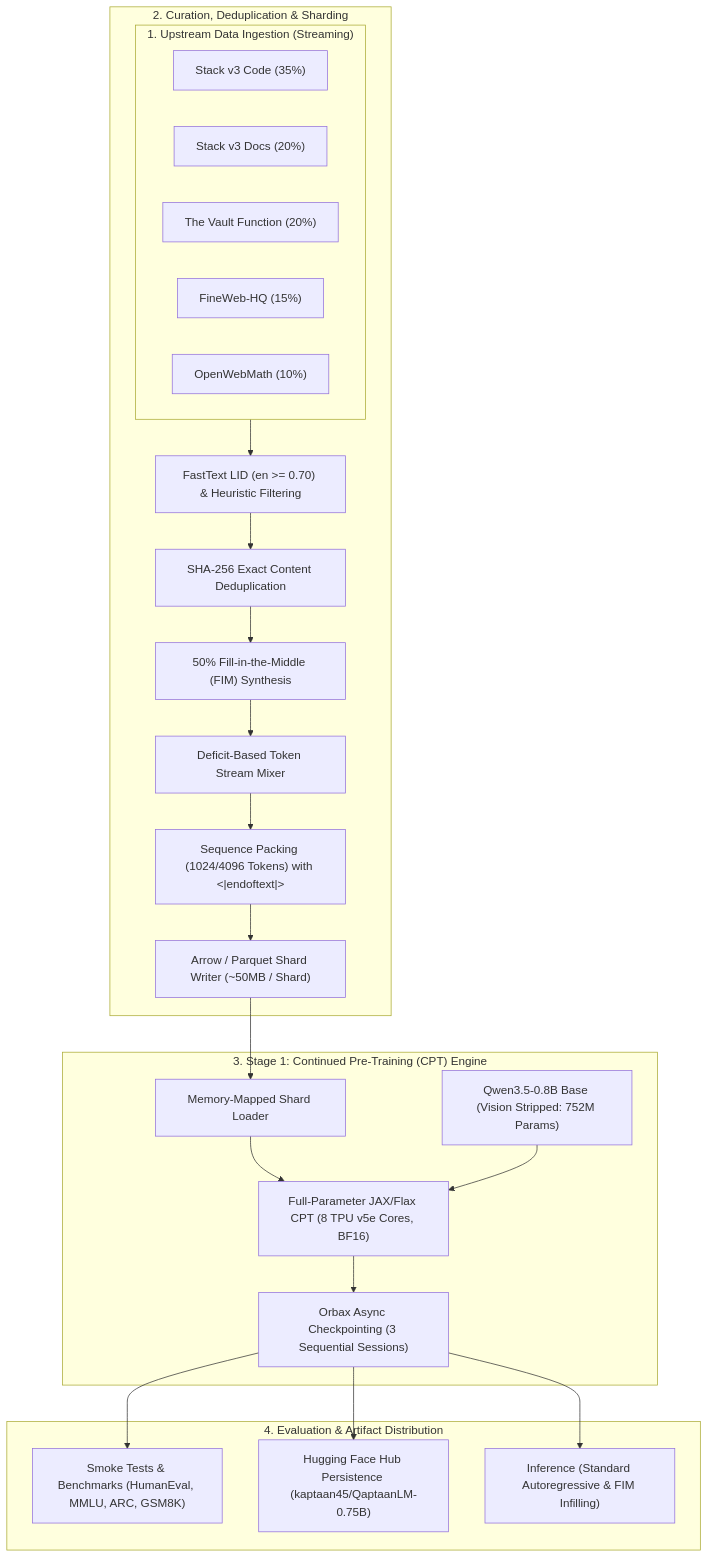
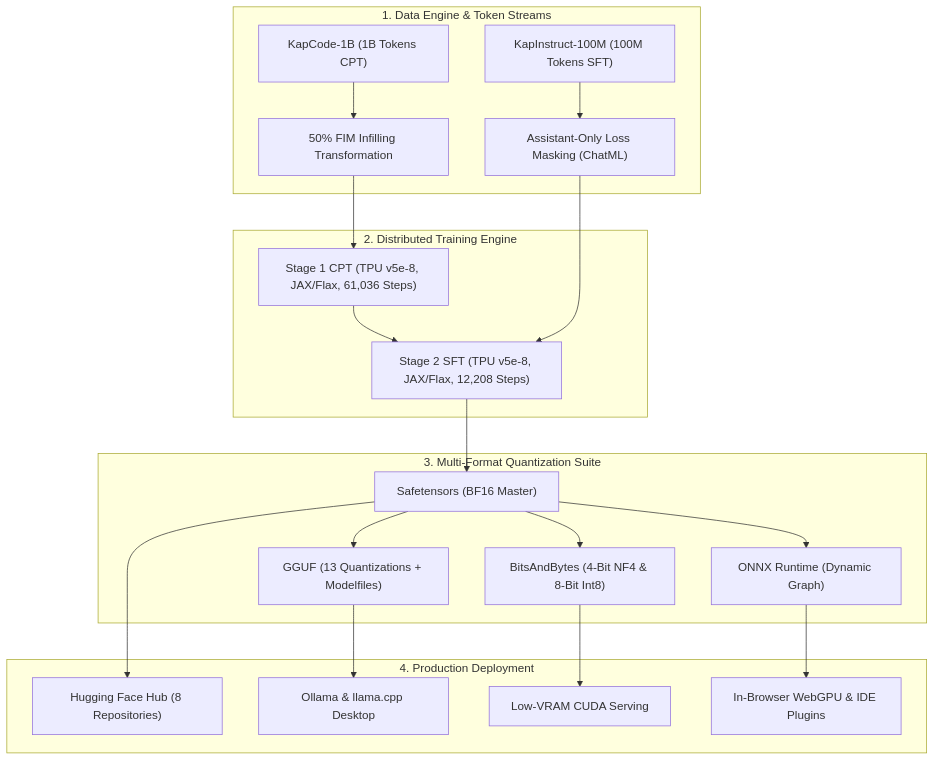
One commit to rudy-07/QaptaanLM-0.75B changed the second of 3 diagrams in README.md. Above: the diagram before and after it, drawn with Mermaid. The commit also changed other lines of this file and 17 other files, not shown here.

Commit message:
docs: update README with SFT metrics, 3-way benchmarks, multi-format ecosystem, and visual assets

````diff
--- a/README.md
+++ b/README.md
@@ -102,42 +110,43 @@
 ```mermaid
 flowchart TD
-    subgraph DataSources["1. Upstream Data Ingestion (Streaming)"]
-        S1["Stack v3 Code (35%)"]
-        S2["Stack v3 Docs (20%)"]
-        S3["The Vault Function (20%)"]
-        S4["FineWeb-HQ (15%)"]
-        S5["OpenWebMath (10%)"]
+    subgraph DataEngine["1. Data Engine & Token Streams"]
+        D1["KapCode-1B (1B Tokens CPT)"]
+        D2["KapInstruct-100M (100M Tokens SFT)"]
+        FIM["50% FIM Infilling Transformation"]
+        MASK["Assistant-Only Loss Masking (ChatML)"]
+        D1 --> FIM
+        D2 --> MASK
     end
 
-    subgraph DataEngine["2. Curation, Deduplication & Sharding"]
-        F1["FastText LID (en >= 0.70) & Heuristic Filtering"]
-        D1["SHA-256 Exact Content Deduplication"]
-        FIM["50% Fill-in-the-Middle (FIM) Synthesis"]
-        MIX["Deficit-Based Token Stream Mixer"]
-        PACK["Sequence Packing (1024/4096 Tokens) with <|endoftext|>"]
-        SHARD["Arrow / Parquet Shard Writer (~50MB / Shard)"]
-        
-        DataSources --> F1 --> D1 --> FIM --> MIX --> PACK --> SHARD
+    subgraph TrainingEngine["2. Distributed Training Engine"]
+        CPT["Stage 1 CPT (TPU v5e-8, JAX/Flax, 61,036 Steps)"]
+        SFT["Stage 2 SFT (TPU v5e-8, JAX/Flax, 12,208 Steps)"]
+        FIM --> CPT
+        CPT --> SFT
+        MASK --> SFT
     end
 
-    subgraph TrainingEngine["3. Stage 1: Continued Pre-Training (CPT) Engine"]
-        MEM["Memory-Mapped Shard Loader"]
-        MODEL["Qwen3.5-0.8B Base (Vision Stripped: 752M Params)"]
-        OPT["Full-Parameter JAX/Flax CPT (8 TPU v5e Cores, BF16)"]
-        CKPT["Orbax Async Checkpointing (3 Sequential Sessions)"]
+    subgraph Conversion["3. Multi-Format Quantization Suite"]
+        ST["Safetensors (BF16 Master)"]
+        GGUF["GGUF (13 Quantizations + Modelfiles)"]
+        BNB["BitsAndBytes (4-Bit NF4 & 8-Bit Int8)"]
+        ONNX["ONNX Runtime (Dynamic Graph)"]
         
-        SHARD --> MEM --> OPT
-        MODEL --> OPT
-        OPT --> CKPT
+        SFT --> ST
+        ST --> GGUF
+        ST --> BNB
+        ST --> ONNX
     end
 
-    subgraph Deployment["4. Evaluation & Artifact Distribution"]
-        EVAL["Smoke Tests & Benchmarks (HumanEval, MMLU, ARC, GSM8K)"]
-        HUB["Hugging Face Hub Persistence (kaptaan45/QaptaanLM-0.75B)"]
-        INF["Inference (Standard Autoregressive & FIM Infilling)"]
+    subgraph Deployment["4. Production Deployment"]
+        HF["Hugging Face Hub (8 Repositories)"]
+        OLLAMA["Ollama & llama.cpp Desktop"]
+        CUDA["Low-VRAM CUDA Serving"]
+        WEB["In-Browser WebGPU & IDE Plugins"]
         
-        CKPT --> EVAL
-        CKPT --> HUB
-        CKPT --> INF
+        GGUF --> OLLAMA
+        BNB --> CUDA
+        ONNX --> WEB
+        ST --> HF
     end
 ```
````
